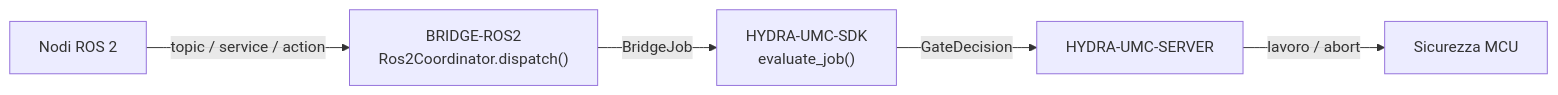
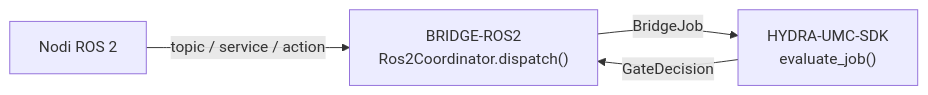
The diagram in README_ita.md (JuanenRac/HYDRA-UMC-BRIDGE-ROS2), drawn with Mermaid before and after one commit. The commit also changed other lines of this file and 19 other files, not shown here.

````diff
--- a/README_ita.md
+++ b/README_ita.md
@@ -49,7 +50,6 @@
 ```mermaid
 flowchart LR
     ROS["Nodi ROS 2"] -- "topic / service / action" --> BRIDGE["BRIDGE-ROS2<br/>Ros2Coordinator.dispatch()"]
     BRIDGE -- BridgeJob --> SDK["HYDRA-UMC-SDK<br/>evaluate_job()"]
-    SDK -- GateDecision --> SERVER["HYDRA-UMC-SERVER"]
-    SERVER -- "lavoro / abort" --> MCU["Sicurezza MCU"]
+    SDK -- GateDecision --> BRIDGE
 ```
````
